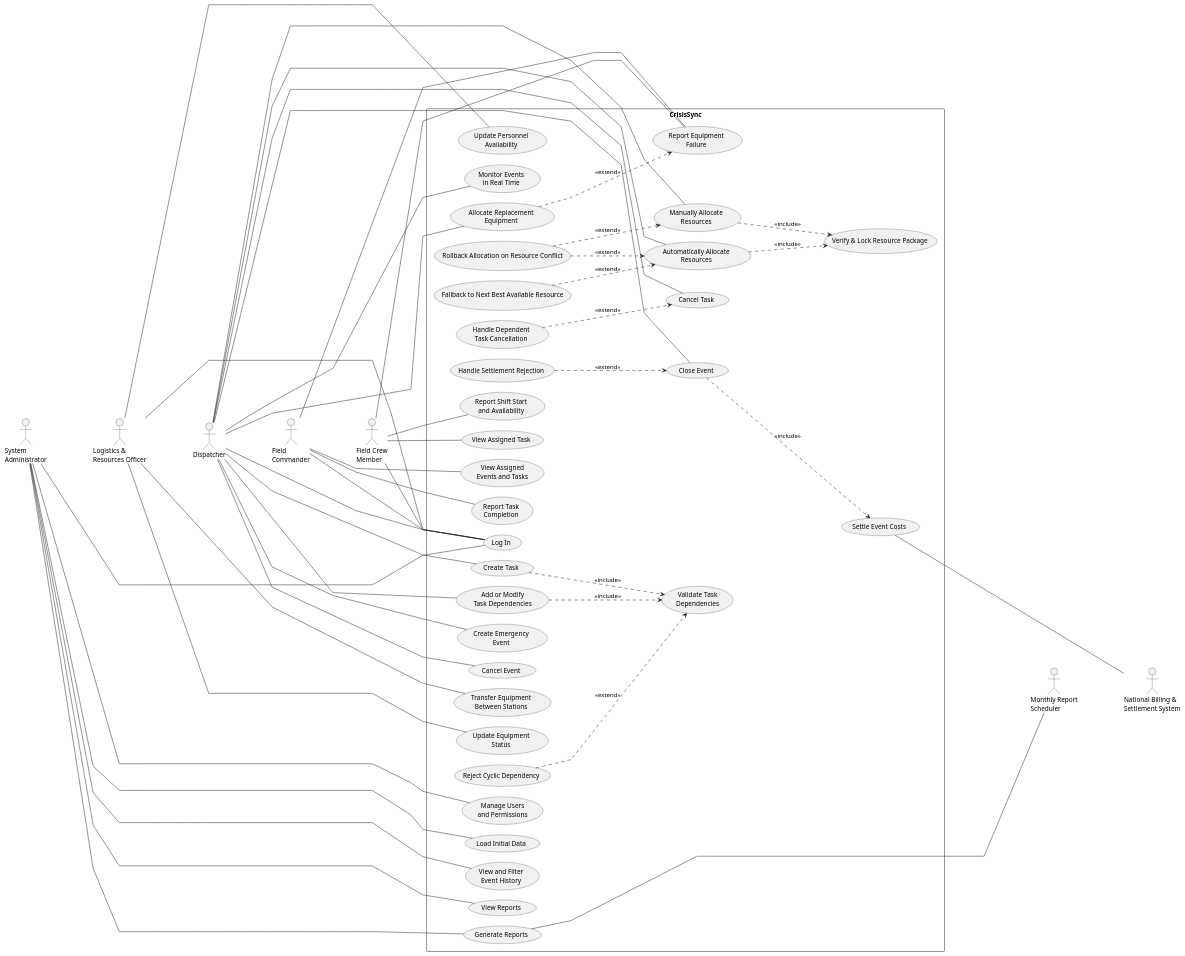
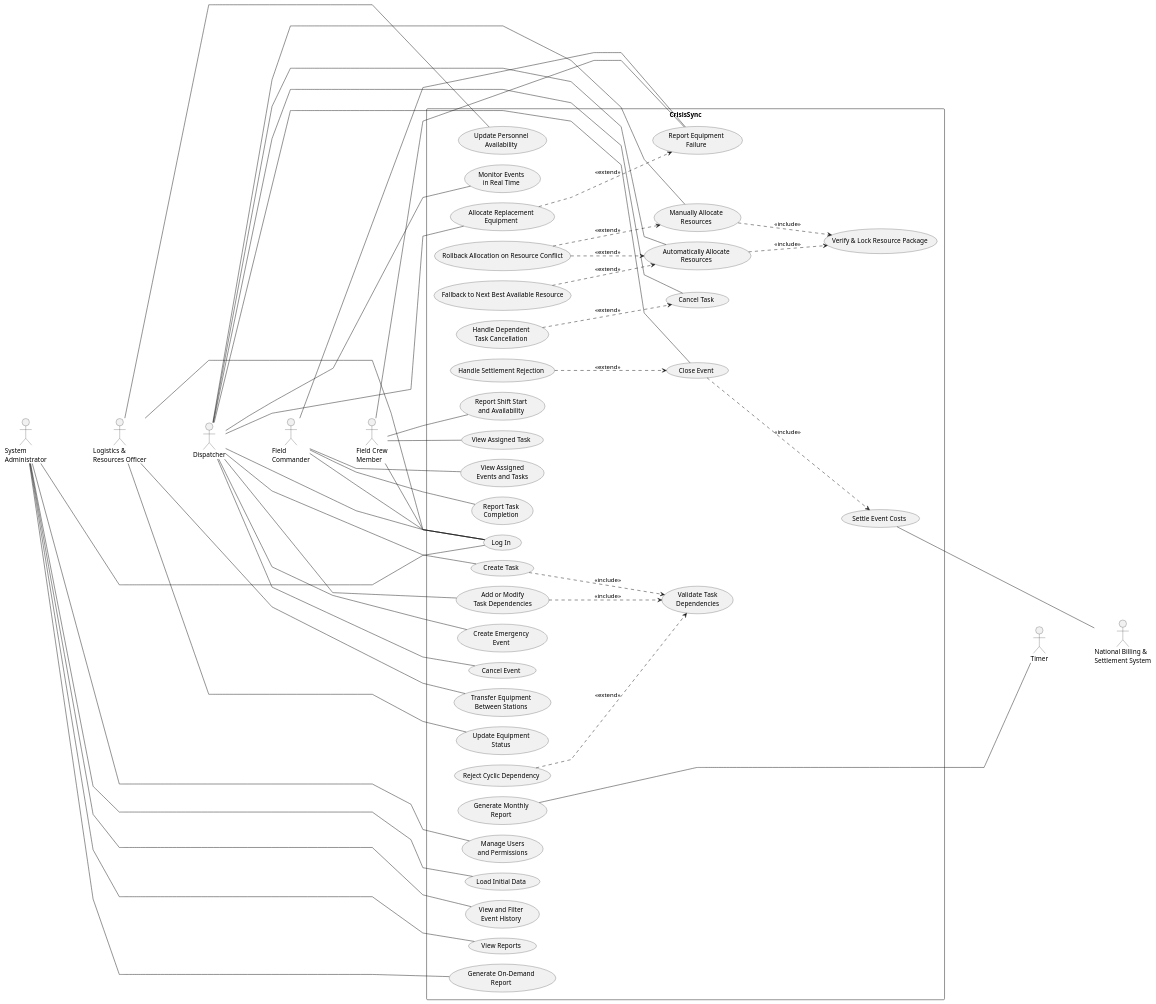
One commit to MohamadShalata/CrisisSync changed the diagram in CrisisSyncSystem.puml. Above: the diagram before and after it, drawn with PlantUML. The commit also changed 1 other file, not shown here.

Commit message:
Refactor Use Case diagram: Update Timer actor and split report generation

```diff
--- a/CrisisSyncSystem.puml
+++ b/CrisisSyncSystem.puml
@@ -1,131 +1,134 @@
 @startuml
 
 ' CrisisSync — Use Case Diagram (Synced Version)
 left to right direction
 skinparam linetype polyline
 skinparam nodesep 22
 skinparam ranksep 100
 
 ' Human Actors (Left Side - Aligned in one vertical column)
 together {
   actor "System\nAdministrator" as Admin
   actor "Logistics &\nResources Officer" as Logistics
   actor "Dispatcher" as Dispatcher
   actor "Field\nCommander" as Commander
   actor "Field Crew\nMember" as Crew
 }
 
 ' Non-Human Actors (Right Side)
 together {
   actor "National Billing &\nSettlement System" as Billing
-  actor "Monthly Report\nScheduler" as ReportScheduler
+  actor "Timer" as Timer
 }
 
 rectangle "CrisisSync" {
 
   ' System Administrator Use Cases
   usecase "Manage Users\nand Permissions" as UC_Users
   usecase "Load Initial Data" as UC_Load
   usecase "View and Filter\nEvent History" as UC_History
   usecase "View Reports" as UC_ViewReports
-  usecase "Generate Reports" as UC_Generate
+  usecase "Generate On-Demand\nReport" as UC_GenerateManual
+
+  ' Timer / Automatic Use Cases
+  usecase "Generate Monthly\nReport" as UC_GenerateAuto
 
   ' Logistics & Resources Officer Use Cases
   usecase "Update Equipment\nStatus" as UC_EquipmentStatus
   usecase "Transfer Equipment\nBetween Stations" as UC_Transfer
   usecase "Update Personnel\nAvailability" as UC_Personnel
 
   ' Shared Authentication
   usecase "Log In" as UC_Login
 
   ' Dispatcher Use Cases
   usecase "Create Emergency\nEvent" as UC_CreateEvent
   usecase "Cancel Event" as UC_CancelEvent
   usecase "Create Task" as UC_CreateTask
   usecase "Add or Modify\nTask Dependencies" as UC_Dependencies
   usecase "Validate Task\nDependencies" as UC_Validate
   usecase "Reject Cyclic Dependency" as UC_RejectCycle
   usecase "Manually Allocate\nResources" as UC_ManualAllocate
   usecase "Automatically Allocate\nResources" as UC_AutomaticAllocate
   usecase "Verify & Lock Resource Package" as UC_VerifyLockPackage
   usecase "Rollback Allocation on Resource Conflict" as UC_RollbackAllocation
   usecase "Fallback to Next Best Available Resource" as UC_FallbackResource
   usecase "Monitor Events\nin Real Time" as UC_Monitor
   usecase "Cancel Task" as UC_CancelTask
   usecase "Handle Dependent\nTask Cancellation" as UC_CancelDependent
   usecase "Close Event" as UC_Close
   usecase "Settle Event Costs" as UC_Settle
   usecase "Handle Settlement Rejection" as UC_SettlementRejection
   usecase "Allocate Replacement\nEquipment" as UC_Replace
 
   ' Field Commander & Crew Use Cases
   usecase "View Assigned\nEvents and Tasks" as UC_ViewAssignedEvents
   usecase "Report Task\nCompletion" as UC_CompleteTask
   usecase "Report Equipment\nFailure" as UC_ReportFailure
   usecase "Report Shift Start\nand Availability" as UC_Shift
   usecase "View Assigned Task" as UC_ViewAssignedTask
 }
 
 ' Force strict vertical alignment on the left
 Admin -[hidden]down- Logistics
 Logistics -[hidden]down- Dispatcher
 Dispatcher -[hidden]down- Commander
 Commander -[hidden]down- Crew
 
 ' Human Actor Associations (Solid lines, NO arrowheads)
 Admin -- UC_Users
 Admin -- UC_Load
 Admin -- UC_History
 Admin -- UC_ViewReports
-Admin -- UC_Generate
+Admin -- UC_GenerateManual
 Admin -- UC_Login
 
 Logistics -- UC_EquipmentStatus
 Logistics -- UC_Transfer
 Logistics -- UC_Personnel
 Logistics -- UC_Login
 
 Dispatcher -- UC_Login
 Dispatcher -- UC_CreateEvent
 Dispatcher -- UC_CancelEvent
 Dispatcher -- UC_CreateTask
 Dispatcher -- UC_Dependencies
 Dispatcher -- UC_ManualAllocate
 Dispatcher -- UC_AutomaticAllocate
 Dispatcher -- UC_Monitor
 Dispatcher -- UC_CancelTask
 Dispatcher -- UC_Close
 Dispatcher -- UC_Replace
 
 Commander -- UC_Login
 Commander -- UC_ViewAssignedEvents
 Commander -- UC_CompleteTask
 Commander -- UC_ReportFailure
 
 Crew -- UC_Login
 Crew -- UC_ReportFailure
 Crew -- UC_Shift
 Crew -- UC_ViewAssignedTask
 
 ' Non-Human Actor Associations (Right Side)
-UC_Generate ---- ReportScheduler
+UC_GenerateAuto ---- Timer
 UC_Settle ---- Billing
-ReportScheduler -[hidden]down- Billing
+Timer -[hidden]down- Billing
 
 ' Include Dependencies (Base ..> Included)
 UC_Close ..> UC_Settle : <<include>>
 UC_CreateTask ..> UC_Validate : <<include>>
 UC_Dependencies ..> UC_Validate : <<include>>
 UC_ManualAllocate ..> UC_VerifyLockPackage : <<include>>
 UC_AutomaticAllocate ..> UC_VerifyLockPackage : <<include>>
 
 ' Extend Dependencies (Extension ..> Base)
 UC_CancelDependent ..> UC_CancelTask : <<extend>>
 UC_RejectCycle ..> UC_Validate : <<extend>>
 UC_RollbackAllocation ..> UC_ManualAllocate : <<extend>>
 UC_RollbackAllocation ..> UC_AutomaticAllocate : <<extend>>
 UC_FallbackResource ..> UC_AutomaticAllocate : <<extend>>
 UC_Replace ..> UC_ReportFailure : <<extend>>
 UC_SettlementRejection ..> UC_Close : <<extend>>
 
 @enduml
```
